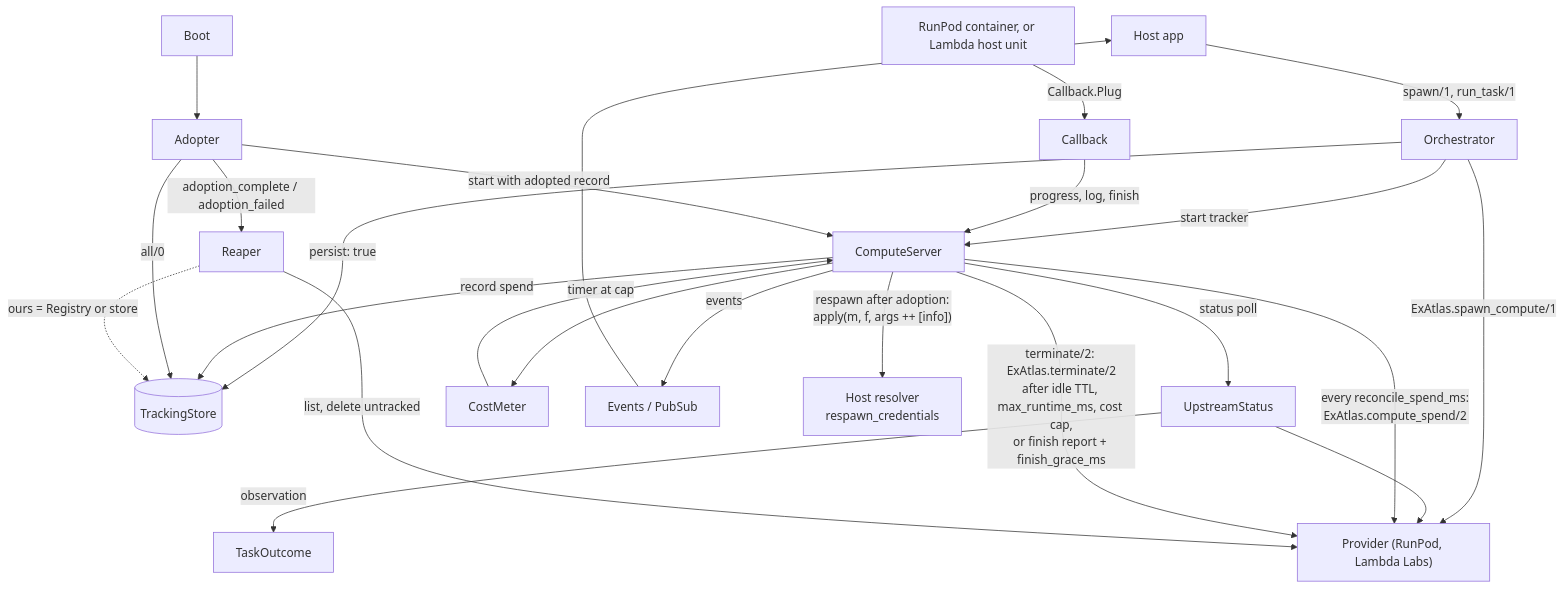
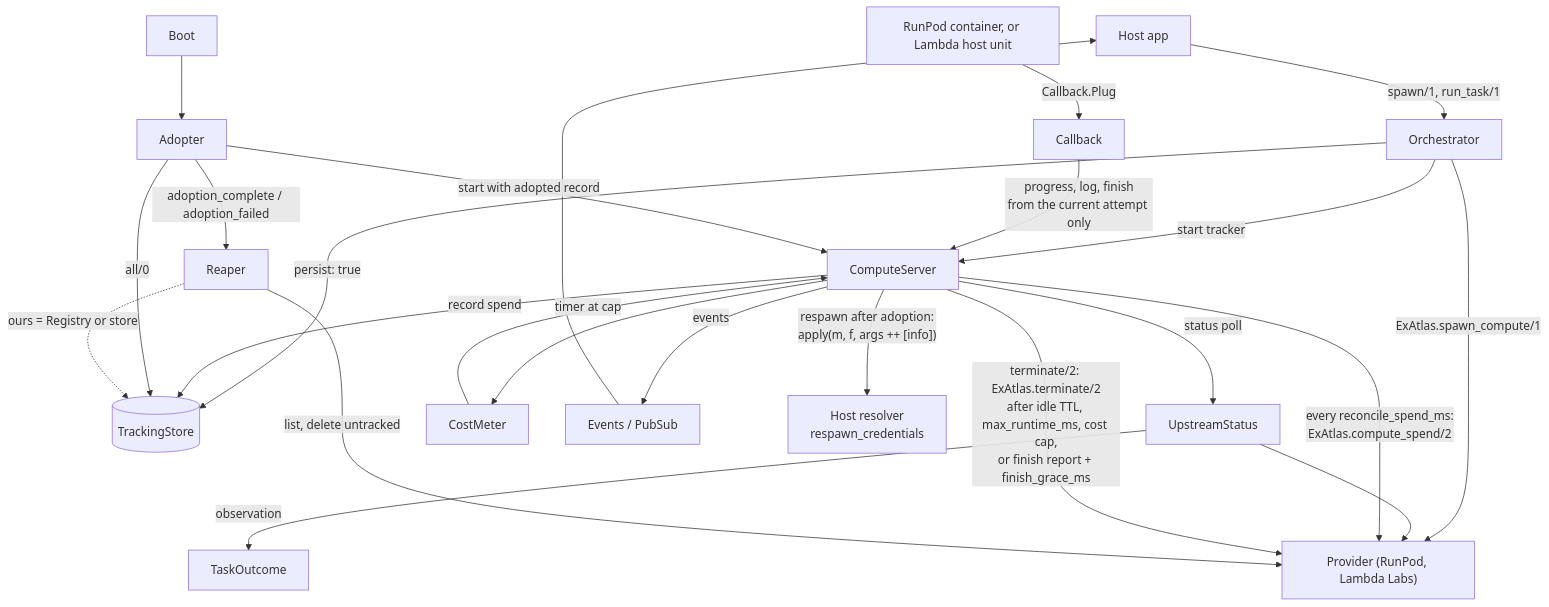
The first of 6 diagrams in docs/architecture.md (udin-io/ex_atlas), drawn with Mermaid before and after one commit. The commit also changed other lines of this file and 14 other files, not shown here.

````diff
--- a/docs/architecture.md
+++ b/docs/architecture.md
@@ -60,26 +60,26 @@
 ```mermaid
 flowchart TD
   host["Host app"] -->|"spawn/1, run_task/1"| orc["Orchestrator"]
   orc -->|"ExAtlas.spawn_compute/1"| prov["Provider (RunPod, Lambda Labs)"]
   orc -->|"persist: true"| store[("TrackingStore")]
   orc -->|"start tracker"| cs["ComputeServer"]
   cs -->|"status poll"| us["UpstreamStatus"]
   us --> prov
   us -->|"observation"| to["TaskOutcome"]
   cs --> cm["CostMeter"]
   cm -->|"timer at cap"| cs
   cs -->|"every reconcile_spend_ms:<br/>ExAtlas.compute_spend/2"| prov
   cs -->|"record spend"| store
   cs -->|"events"| ev["Events / PubSub"]
   ev --> host
   cs -->|"terminate/2: ExAtlas.terminate/2<br/>after idle TTL, max_runtime_ms, cost cap,<br/>or finish report + finish_grace_ms"| prov
   pod["RunPod container, or Lambda host unit"] -->|"Callback.Plug"| cb["Callback"]
-  cb -->|"progress, log, finish"| cs
+  cb -->|"progress, log, finish<br/>from the current attempt only"| cs
   boot["Boot"] --> ad["Adopter"]
   ad -->|"all/0"| store
   ad -->|"start with adopted record"| cs
   cs -->|"respawn after adoption:<br/>apply(m, f, args ++ [info])"| res["Host resolver<br/>respawn_credentials"]
   ad -->|"adoption_complete / adoption_failed"| rp["Reaper"]
   rp -->|"list, delete untracked"| prov
   rp -.->|"ours = Registry or store"| store
 ```
````
